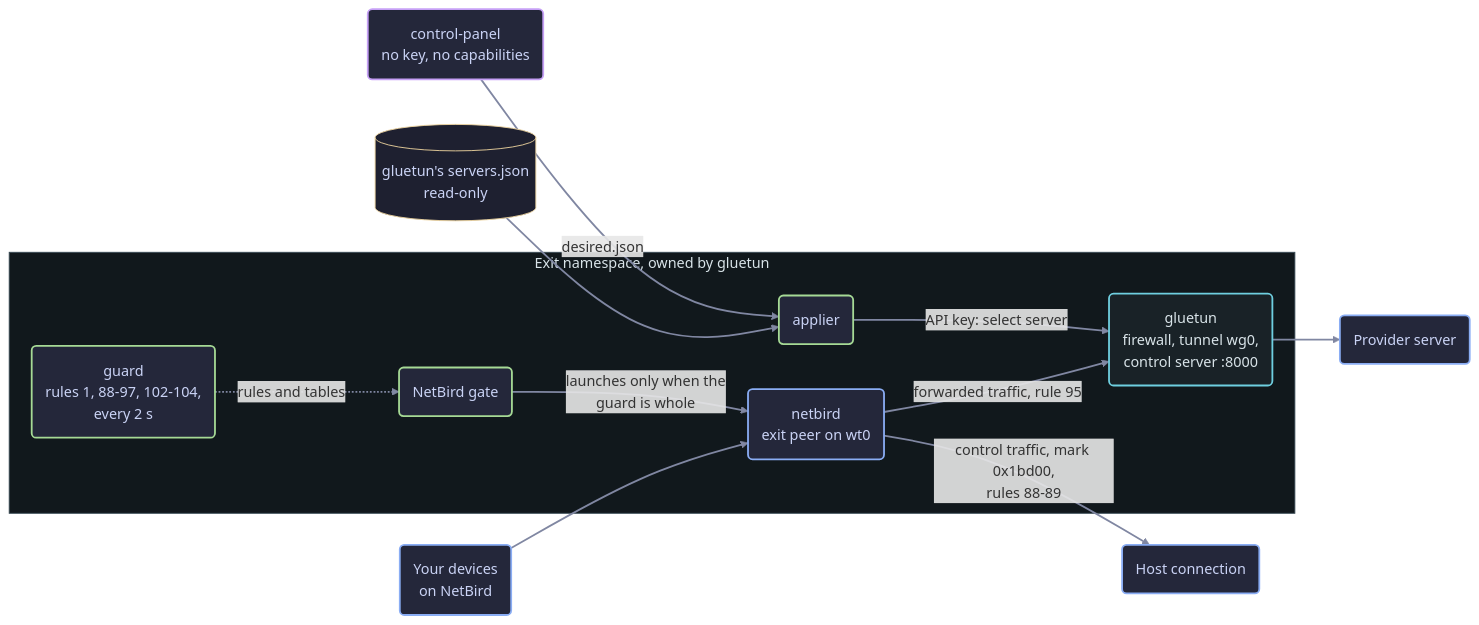
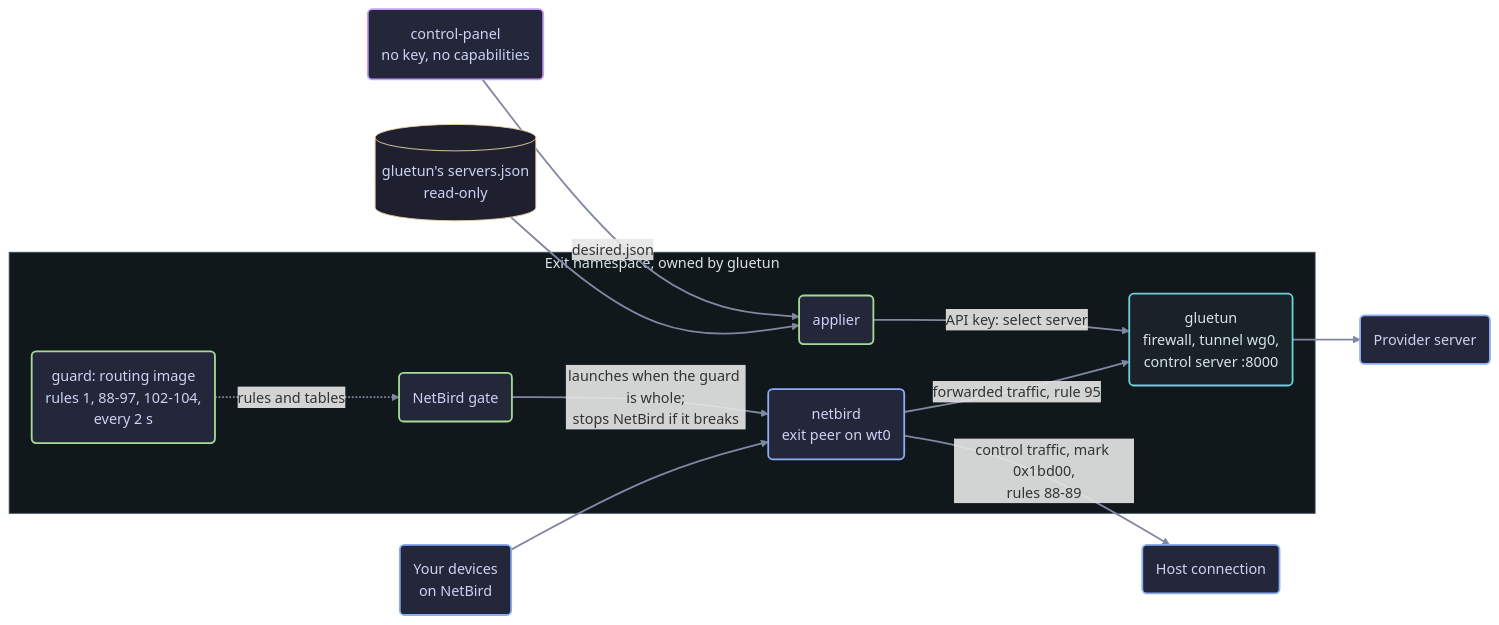
The fourth of 5 diagrams in docs/architecture.md (irashack/molebridge), drawn with Mermaid before and after one commit. The commit also changed other lines of this file and 20 other files, not shown here.

First line of the commit message:
docs: v0.6.0 accuracy pass, new tagline, diagrams, banner and screenshots

````diff
--- a/docs/architecture.md
+++ b/docs/architecture.md
@@ -524,39 +582,39 @@
 ```mermaid
 flowchart LR
     device("Your devices<br/>on NetBird")
     provider("Provider server")
     subgraph ns["Exit namespace, owned by gluetun"]
         gluetun("gluetun<br/>firewall, tunnel wg0,<br/>control server :8000")
-        guard("guard<br/>rules 1, 88-97, 102-104,<br/>every 2 s")
+        guard("guard: routing image<br/>rules 1, 88-97, 102-104,<br/>every 2 s")
         gate("NetBird gate")
         netbird("netbird<br/>exit peer on wt0")
         applier("applier")
     end
     servers[("gluetun's servers.json<br/>read-only")]
     panel("control-panel<br/>no key, no capabilities")
     host("Host connection")
 
     device --> netbird
     netbird -- "forwarded traffic, rule 95" --> gluetun
     gluetun --> provider
-    gate -- "launches only when the<br/>guard is whole" --> netbird
+    gate -- "launches when the guard is whole;<br/>stops NetBird if it breaks" --> netbird
     guard -. "rules and tables" .-> gate
     applier -- "API key: select server" --> gluetun
     servers --> applier
     panel -- "desired.json" --> applier
     netbird -- "control traffic, mark 0x1bd00,<br/>rules 88-89" --> host
 
     classDef endpoint fill:#24273a,stroke:#8aadf4,color:#cad3f5,stroke-width:2px
     classDef routing fill:#24273a,stroke:#a6da95,color:#cad3f5,stroke-width:2px
     classDef stopped fill:#24273a,stroke:#ed8796,color:#f4dbd6,stroke-width:2px
     classDef file fill:#1e2030,stroke:#eed49f,color:#cad3f5,stroke-width:1px
     classDef gluetun fill:#192227,stroke:#6fcfe0,color:#d8e3e8,stroke-width:2px
     classDef panel fill:#24273a,stroke:#c6a0f6,color:#cad3f5,stroke-width:2px
     class device,provider,netbird,host endpoint
     class guard,gate,applier routing
     class panel panel
     class servers file
     class gluetun gluetun
     style ns fill:#11181c,stroke:#384a54,color:#d8e3e8
     linkStyle default stroke:#8087a2,stroke-width:2px
 ```
````
